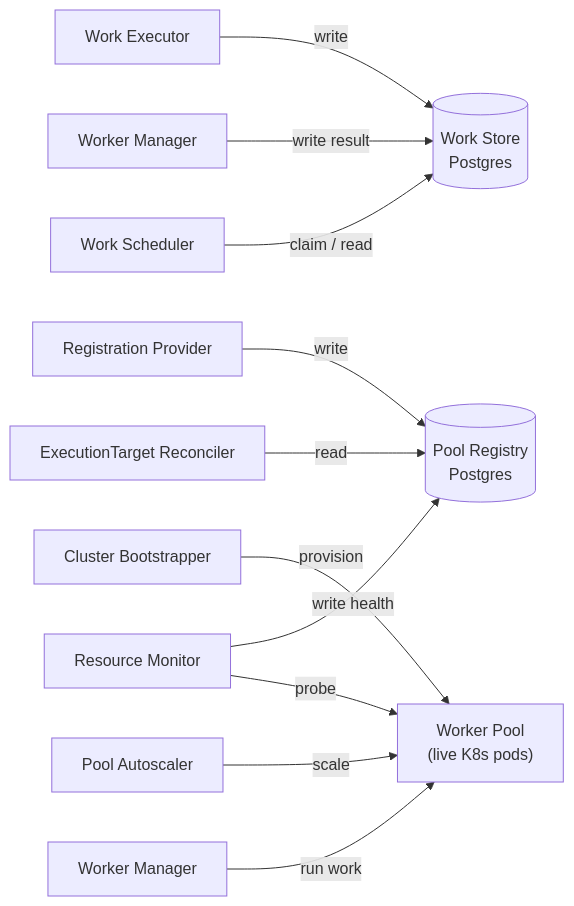
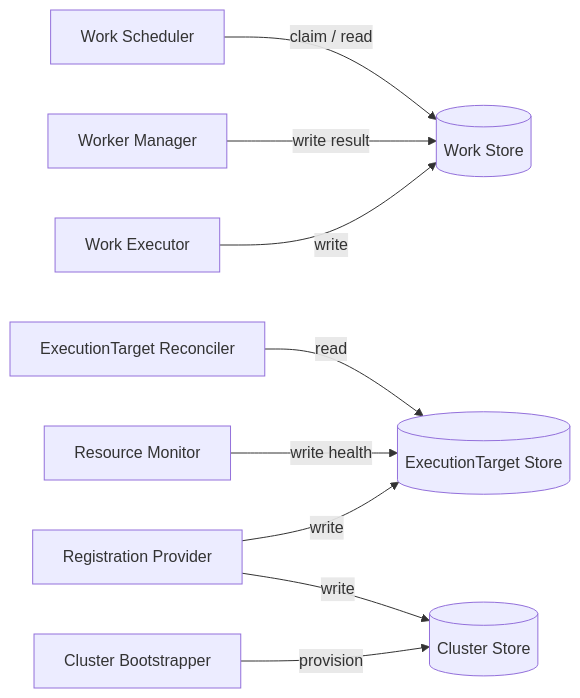
Before and after one commit to AlanCoding/syntara: the second of 2 diagrams in backend/docs/execution-plane/logical_components.md, drawn with Mermaid. The commit also changed other lines of this file and 3 other files, not shown here.

````diff
--- a/backend/docs/execution-plane/logical_components.md
+++ b/backend/docs/execution-plane/logical_components.md
@@ -119,19 +119,17 @@
 ```mermaid
 graph LR
-    WS[(Work Store\nPostgres)]
-    REG[(Pool Registry\nPostgres)]
-    WP["Worker Pool\n(live K8s pods)"]
+    WS[(Work Store)]
+    ET[(ExecutionTarget Store)]
+    CS[(Cluster Store)]
 
     WX["Work Executor"] -->|"write"| WS
     WM["Worker Manager"] -->|"write result"| WS
     SC["Work Scheduler"] -->|"claim / read"| WS
 
-    RP["Registration Provider"] -->|"write"| REG
-    RM["Resource Monitor"] -->|"write health"| REG
-    PR["ExecutionTarget Reconciler"] -->|"read"| REG
+    RP["Registration Provider"] -->|"write"| ET
+    RM["Resource Monitor"] -->|"write health"| ET
+    PR["ExecutionTarget Reconciler"] -->|"read"| ET
 
-    CB["Cluster Bootstrapper"] -->|"provision"| WP
-    PA["Pool Autoscaler"] -->|"scale"| WP
-    WM2["Worker Manager"] -->|"run work"| WP
-    RM -->|"probe"| WP
+    CB["Cluster Bootstrapper"] -->|"provision"| CS
+    RP -->|"write"| CS
 ```
````
